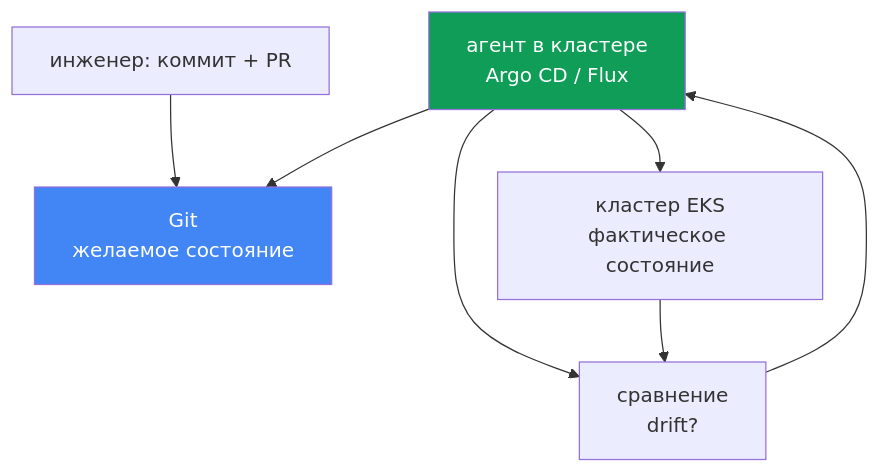
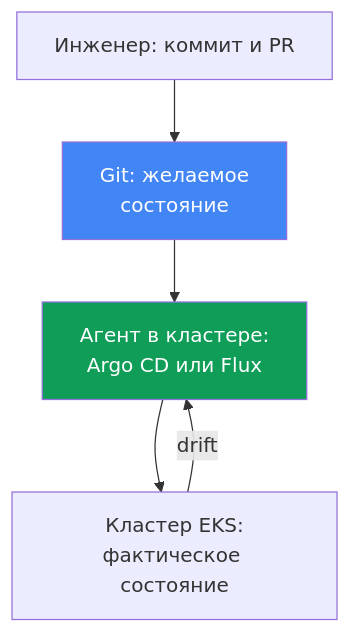
The first of 2 diagrams in tasks/eks/course/44/ru.md (ViktorUJ/cks), drawn with Mermaid before and after one commit. The commit also changed other lines of this file and 52 other files, not shown here.

````diff
--- a/tasks/eks/course/44/ru.md
+++ b/tasks/eks/course/44/ru.md
@@ -67,16 +67,9 @@
 ```mermaid
 flowchart TB
-    dev["инженер: коммит + PR"]
-    git["Git<br>желаемое состояние"]
-    agent["агент в кластере<br>Argo CD / Flux"]
-    cluster["кластер EKS<br>фактическое состояние"]
-    diff["сравнение<br>drift?"]
-    dev --> git
-    agent --> git
-    agent --> diff
-    cluster --> diff
-    diff --> agent
-    agent --> cluster
+    dev["Инженер: коммит и PR"] --> git["Git: желаемое<br/>состояние"]
+    git --> agent["Агент в кластере:<br/>Argo CD или Flux"]
+    agent --> cluster["Кластер EKS:<br/>фактическое состояние"]
+    cluster -->|"drift"| agent
     style git fill:#4285f4,color:#fff
     style agent fill:#0f9d58,color:#fff
 ```
````
